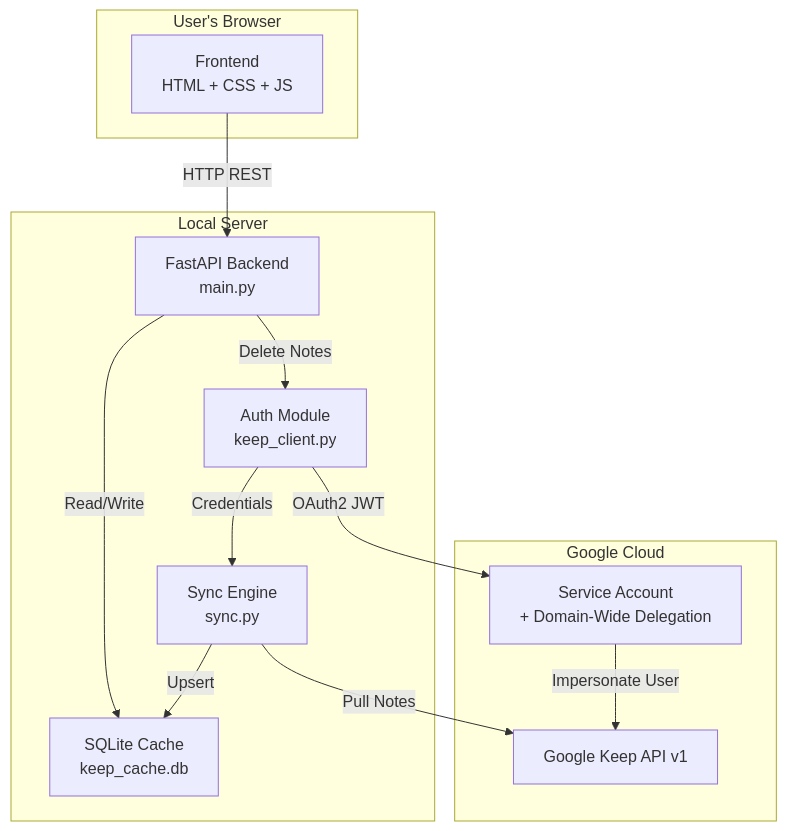
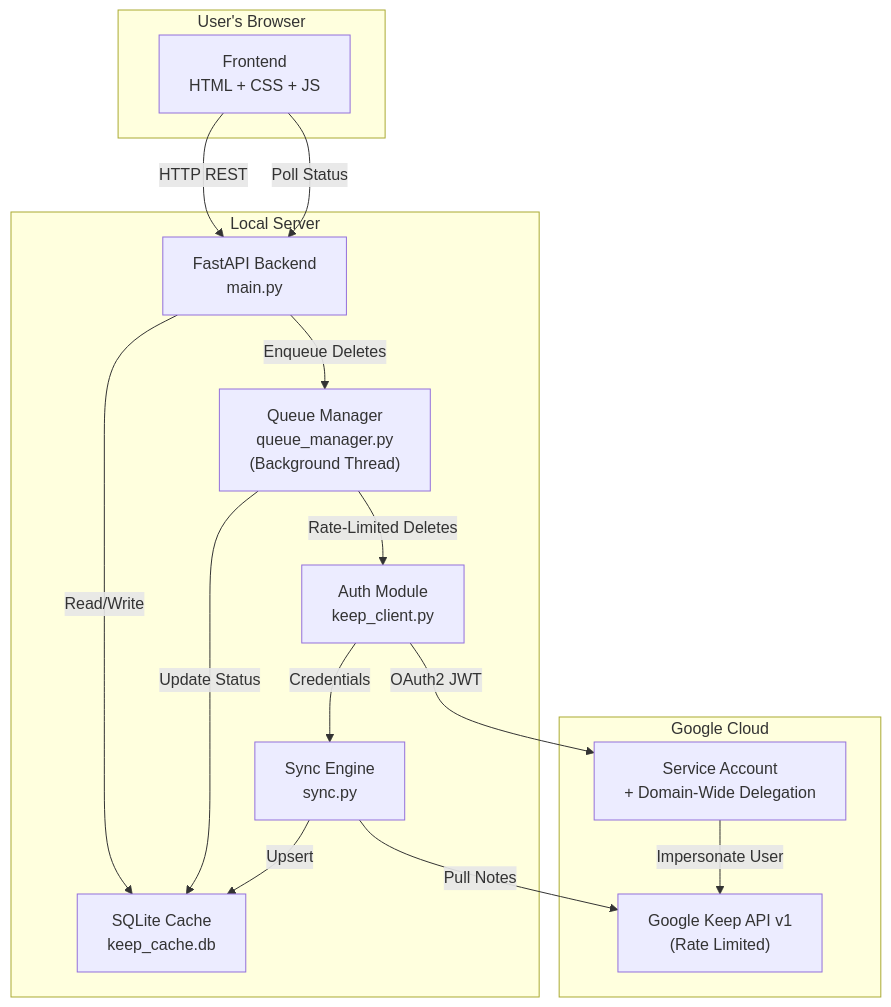
The first of 4 diagrams in ai-docs/architecture.md (alexsmoy/keep-manager), drawn with Mermaid before and after one commit. The commit also changed other lines of this file and 11 other files, not shown here.

Commit message:
feat: Implement a background queue manager for rate-limited note deletions, adding a new database table, UI components, and documentation.

````diff
--- a/ai-docs/architecture.md
+++ b/ai-docs/architecture.md
@@ -7,27 +7,31 @@
 ```mermaid
 graph TB
     subgraph "User's Browser"
         UI["Frontend<br/>HTML + CSS + JS"]
     end
 
     subgraph "Local Server"
         API["FastAPI Backend<br/>main.py"]
+        QUEUE["Queue Manager<br/>queue_manager.py<br/>(Background Thread)"]
         AUTH["Auth Module<br/>keep_client.py"]
         SYNC["Sync Engine<br/>sync.py"]
         DB["SQLite Cache<br/>keep_cache.db"]
     end
 
     subgraph "Google Cloud"
-        GAPI["Google Keep API v1"]
+        GAPI["Google Keep API v1<br/>(Rate Limited)"]
         GSA["Service Account<br/>+ Domain-Wide Delegation"]
     end
 
     UI -->|"HTTP REST"| API
+    UI -->|"Poll Status"| API
     API -->|"Read/Write"| DB
-    API -->|"Delete Notes"| AUTH
+    API -->|"Enqueue Deletes"| QUEUE
+    QUEUE -->|"Rate-Limited Deletes"| AUTH
+    QUEUE -->|"Update Status"| DB
     AUTH -->|"OAuth2 JWT"| GSA
     GSA -->|"Impersonate User"| GAPI
     SYNC -->|"Pull Notes"| GAPI
     SYNC -->|"Upsert"| DB
     AUTH -->|"Credentials"| SYNC
 ```
````
